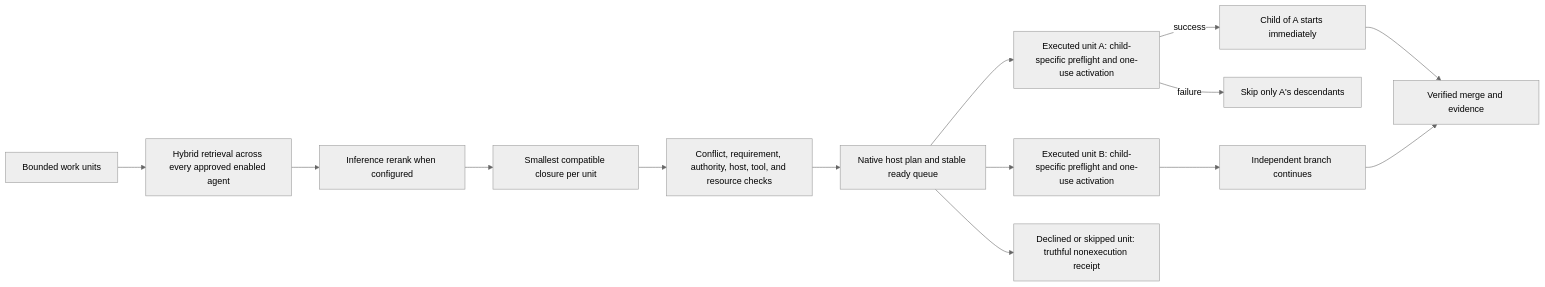
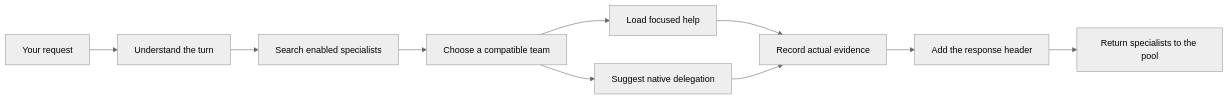
The diagram in README.md (Holeshot-Software-LLC/agency-runtime), drawn with Mermaid (neutral theme) before and after one commit. The commit also changed other lines of this file, not shown here.

````diff
--- a/README.md
+++ b/README.md
@@ -164,16 +64,12 @@
 ```mermaid
 flowchart LR
-    P["Bounded work units"] --> H["Hybrid retrieval across every approved enabled agent"]
-    H --> I["Inference rerank when configured"]
-    I --> A["Smallest compatible closure per unit"]
-    A --> V["Conflict, requirement, authority, host, tool, and resource checks"]
-    V --> Q["Native host plan and stable ready queue"]
-    Q --> U1["Executed unit A: child-specific preflight and one-use activation"]
-    Q --> U2["Executed unit B: child-specific preflight and one-use activation"]
-    Q --> D["Declined or skipped unit: truthful nonexecution receipt"]
-    U1 -- "success" --> C["Child of A starts immediately"]
-    U2 --> B["Independent branch continues"]
-    U1 -- "failure" --> X["Skip only A's descendants"]
-    C --> Z["Verified merge and evidence"]
-    B --> Z
+    U["Your request"] --> T["Understand the turn"]
+    T --> R["Search enabled specialists"]
+    R --> C["Choose a compatible team"]
+    C --> L["Load focused help"]
+    C --> D["Suggest native delegation"]
+    L --> E["Record actual evidence"]
+    D --> E
+    E --> H["Add the response header"]
+    H --> P["Return specialists to the pool"]
 ```
````
